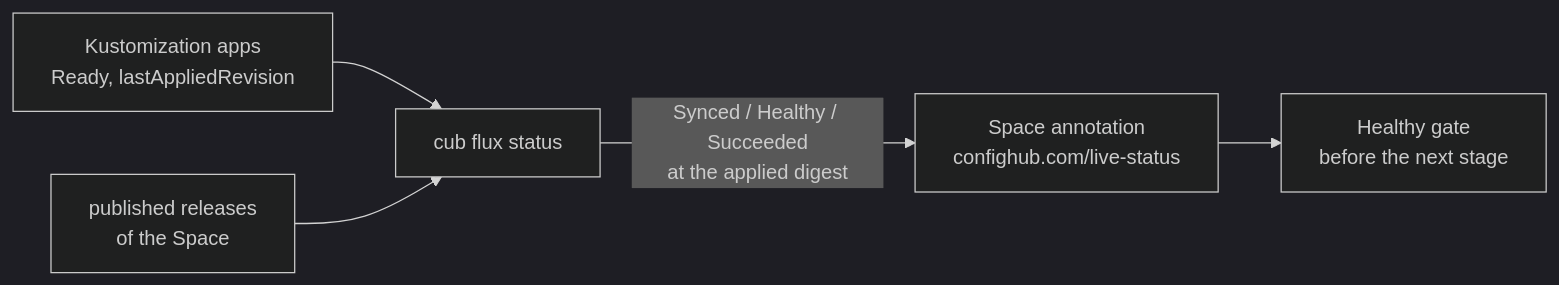
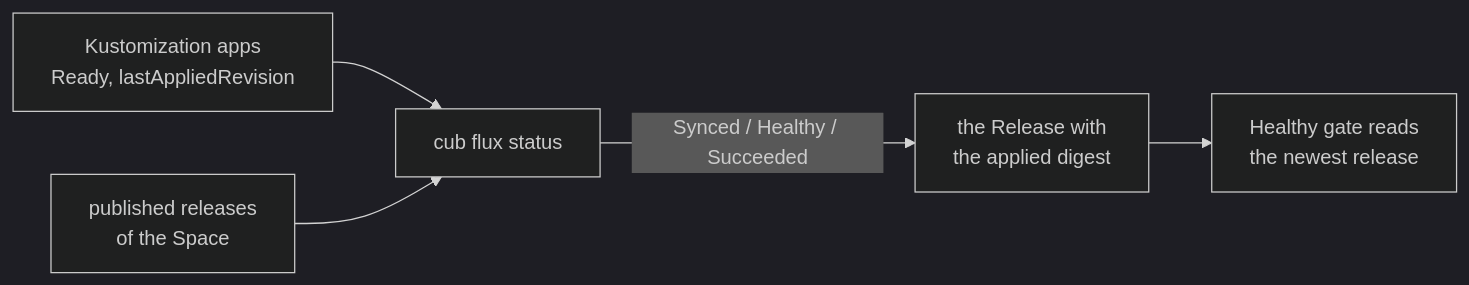
The ninth of 13 diagrams in cub-flux/docs/onboard-your-flux-fleet.md (confighub/examples), drawn with Mermaid (dark theme) before and after one commit. The commit also changed other lines of this file and 29 other files, not shown here.

First line of the commit message:
gitops plugins: record live status on the Release, where ConfigHub now reads it (#291)

````diff
--- a/cub-flux/docs/onboard-your-flux-fleet.md
+++ b/cub-flux/docs/onboard-your-flux-fleet.md
@@ -519,7 +519,7 @@
 ```mermaid
 flowchart LR
   k["Kustomization apps<br/>Ready, lastAppliedRevision"] --> s["cub flux status"]
   r["published releases<br/>of the Space"] --> s
-  s -->|"Synced / Healthy / Succeeded<br/>at the applied digest"| a["Space annotation<br/>confighub.com/live-status"]
-  a --> g["Healthy gate<br/>before the next stage"]
+  s -->|"Synced / Healthy / Succeeded"| a["the Release with<br/>the applied digest"]
+  a --> g["Healthy gate reads<br/>the newest release"]
 ```
````
